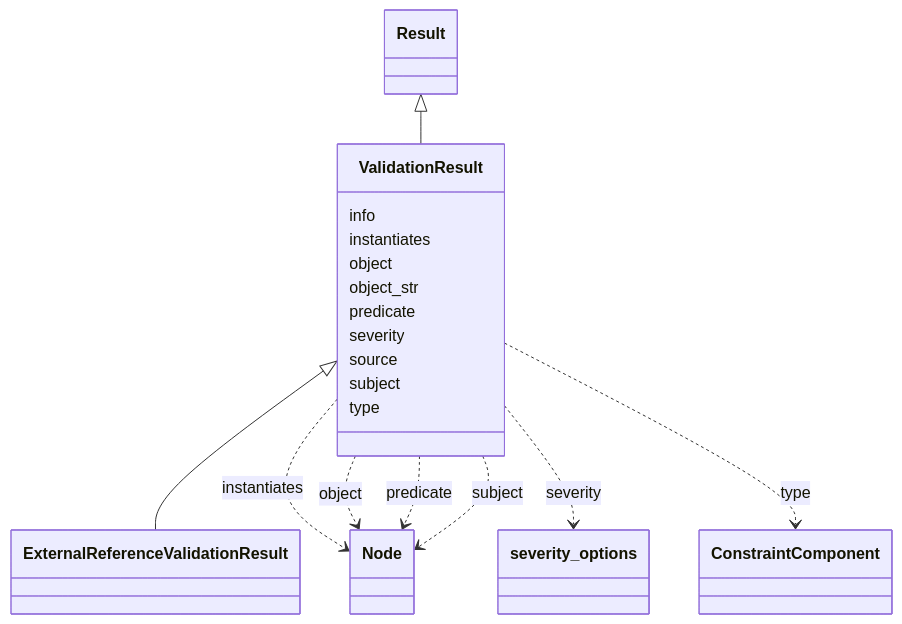
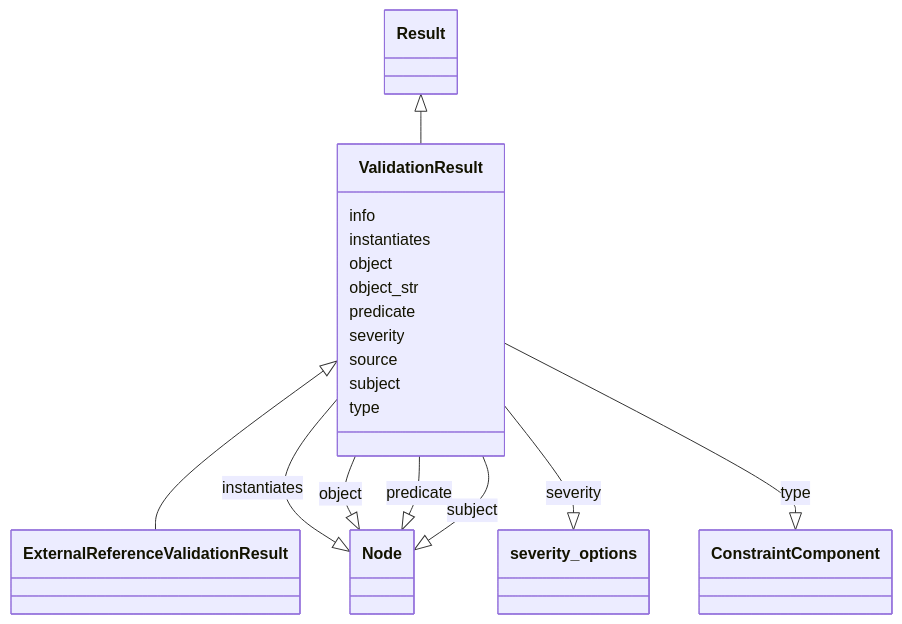
One commit to INCATools/ontology-access-kit changed the diagram in validation/ValidationResult.md. Above: the diagram before and after it, drawn with Mermaid. The commit also changed other lines of this file and 3011 other files, not shown here.

````diff
--- a/validation/ValidationResult.md
+++ b/validation/ValidationResult.md
@@ -11,41 +14,41 @@
 ```{mermaid}
  classDiagram
     class ValidationResult
       Result <|-- ValidationResult
       
 
       ValidationResult <|-- ExternalReferenceValidationResult
       
       
       ValidationResult : info
         
       ValidationResult : instantiates
         
-          ValidationResult ..> Node : instantiates
+          ValidationResult --|> Node : instantiates
         
       ValidationResult : object
         
-          ValidationResult ..> Node : object
+          ValidationResult --|> Node : object
         
       ValidationResult : object_str
         
       ValidationResult : predicate
         
-          ValidationResult ..> Node : predicate
+          ValidationResult --|> Node : predicate
         
       ValidationResult : severity
         
-          ValidationResult ..> severity_options : severity
+          ValidationResult --|> severity_options : severity
         
       ValidationResult : source
         
       ValidationResult : subject
         
-          ValidationResult ..> Node : subject
+          ValidationResult --|> Node : subject
         
       ValidationResult : type
         
-          ValidationResult ..> ConstraintComponent : type
+          ValidationResult --|> ConstraintComponent : type
         
       
 ```
````
